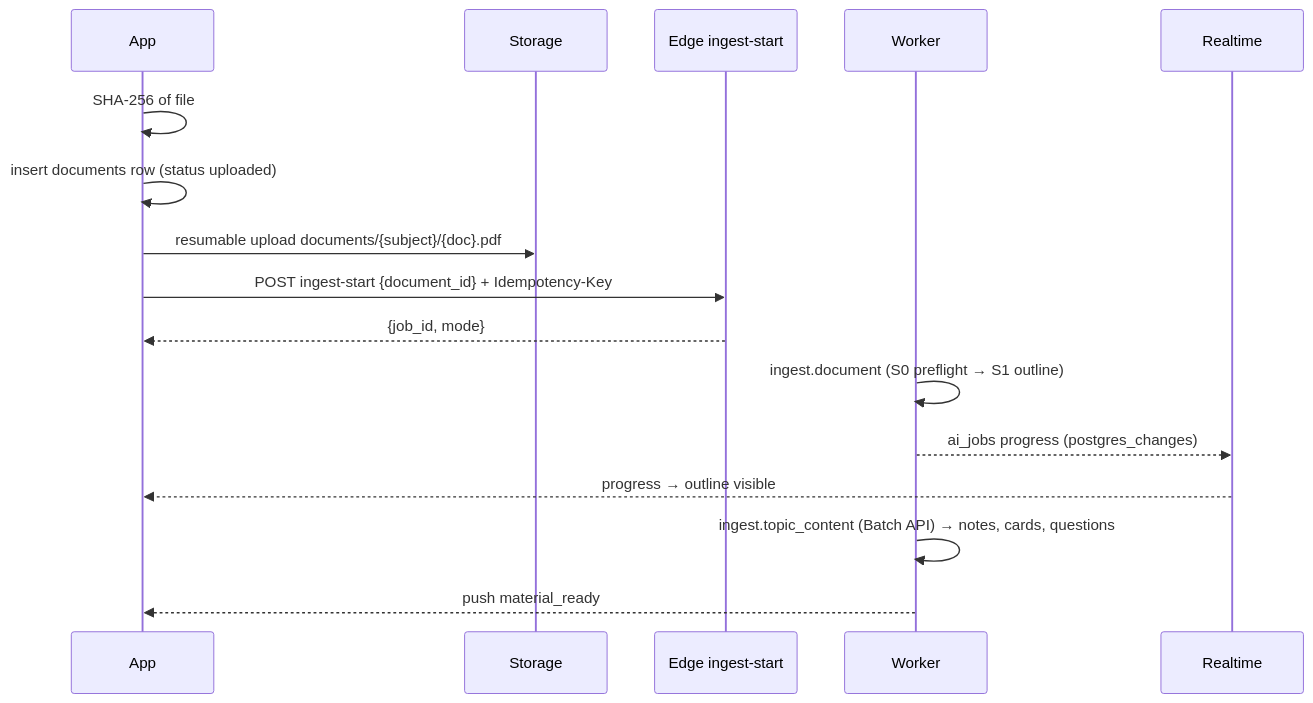
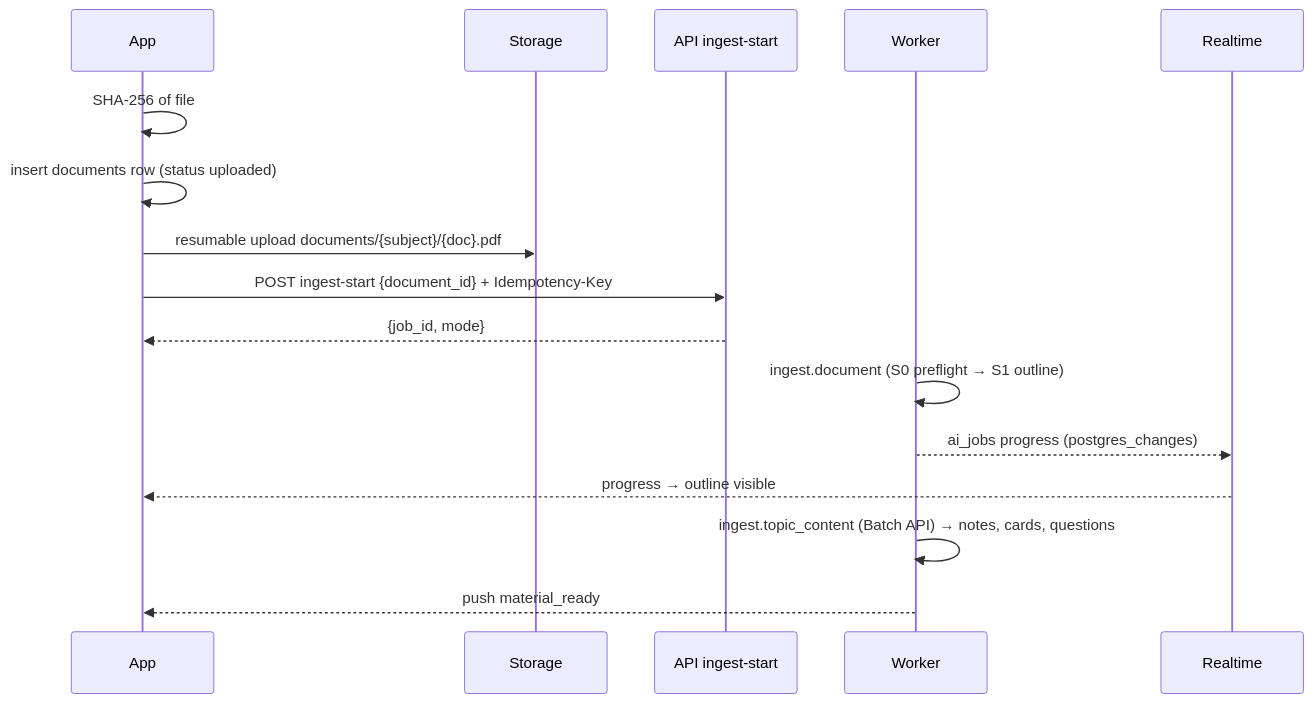
The second of 2 diagrams in docs/engineering/api.md (mariajunqueiramirandas-cpu/Studify), drawn with Mermaid before and after one commit. The commit also changed other lines of this file and 174 other files, not shown here.

First line of the commit message:
feat(api): replace Supabase Edge Functions with a Bun + Hono API for the VPS

````diff
--- a/docs/engineering/api.md
+++ b/docs/engineering/api.md
@@ -512,18 +518,18 @@
 ```mermaid
 sequenceDiagram
   participant A as App
   participant S as Storage
-  participant E as Edge ingest-start
+  participant E as API ingest-start
   participant W as Worker
   participant R as Realtime
   A->>A: SHA-256 of file
   A->>A: insert documents row (status uploaded)
   A->>S: resumable upload documents/{subject}/{doc}.pdf
   A->>E: POST ingest-start {document_id} + Idempotency-Key
   E-->>A: {job_id, mode}
   W->>W: ingest.document (S0 preflight → S1 outline)
   W-->>R: ai_jobs progress (postgres_changes)
   R-->>A: progress → outline visible
   W->>W: ingest.topic_content (Batch API) → notes, cards, questions
   W-->>A: push material_ready
 ```
````
